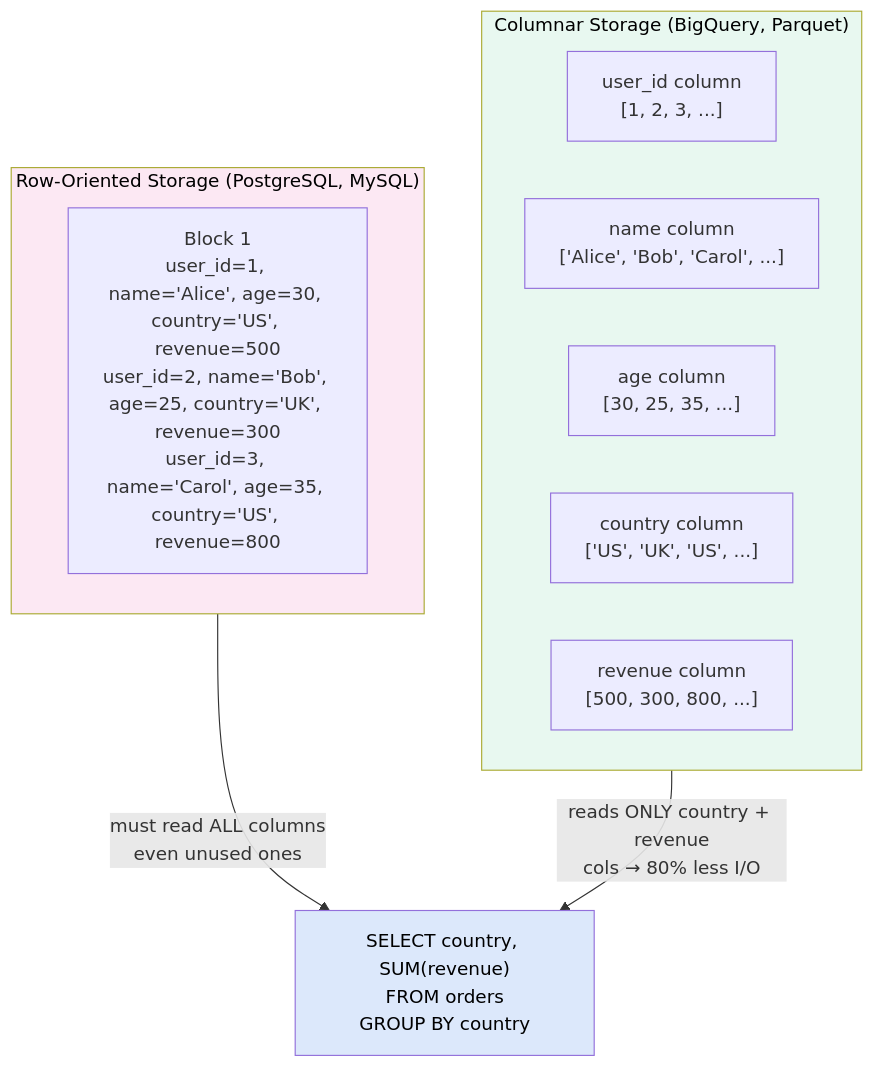
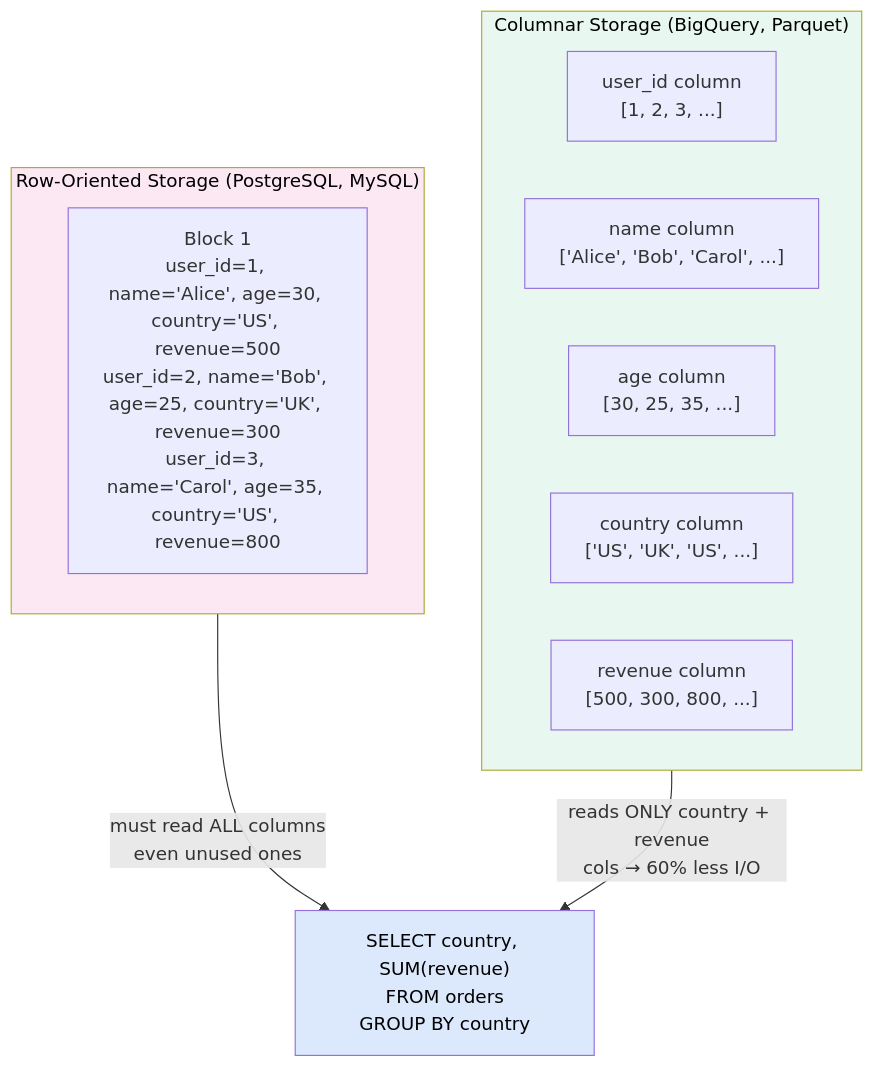
The first of 3 diagrams in Level-07-Big-Data-and-Specialized/03-Data-Warehouses-and-Lakes/README.md (Ankan1998/learn-system-design), drawn with Mermaid before and after one commit. The commit also changed other lines of this file and 139 other files, not shown here.

````diff
--- a/Level-07-Big-Data-and-Specialized/03-Data-Warehouses-and-Lakes/README.md
+++ b/Level-07-Big-Data-and-Specialized/03-Data-Warehouses-and-Lakes/README.md
@@ -55,25 +55,25 @@
 ```mermaid
 flowchart TD
     subgraph ROW["Row-Oriented Storage (PostgreSQL, MySQL)"]
         direction LR
         RB1["Block 1<br/>user_id=1, name='Alice', age=30, country='US', revenue=500<br/>user_id=2, name='Bob', age=25, country='UK', revenue=300<br/>user_id=3, name='Carol', age=35, country='US', revenue=800"]
     end
 
     subgraph COL["Columnar Storage (BigQuery, Parquet)"]
         direction LR
         CB1["user_id column<br/>[1, 2, 3, ...]"]
         CB2["name column<br/>['Alice', 'Bob', 'Carol', ...]"]
         CB3["age column<br/>[30, 25, 35, ...]"]
         CB4["country column<br/>['US', 'UK', 'US', ...]"]
         CB5["revenue column<br/>[500, 300, 800, ...]"]
     end
 
     QUERY["SELECT country, SUM(revenue)<br/>FROM orders<br/>GROUP BY country"]
 
     ROW -->|"must read ALL columns<br/>even unused ones"| QUERY
-    COL -->|"reads ONLY country + revenue<br/>cols → 80% less I/O"| QUERY
+    COL -->|"reads ONLY country + revenue<br/>cols → 60% less I/O"| QUERY
 
     style ROW fill:#fce8f3,color:#000
     style COL fill:#e8f8f0,color:#000
     style QUERY fill:#dce8fb,color:#000
 ```
````
